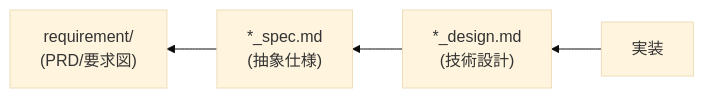
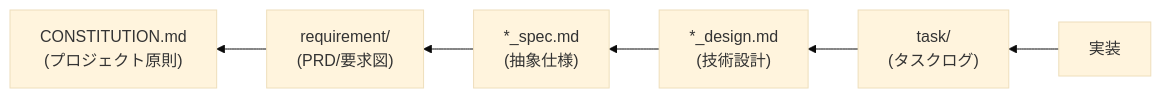
One commit to ToshikiImagawa/ai-sdd-workflow changed the diagram in plugins/sdd-workflow-ja/skills/sdd-templates/SKILL.md. Above: the diagram before and after it, drawn with Mermaid (base theme). The commit also changed other lines of this file and 49 other files, not shown here.

````diff
--- a/plugins/sdd-workflow-ja/skills/sdd-templates/SKILL.md
+++ b/plugins/sdd-workflow-ja/skills/sdd-templates/SKILL.md
@@ -140,6 +196,8 @@
 ```mermaid
 graph RL
-    IMPL[実装] --> DESIGN["*_design.md<br/>(技術設計)"]
+    IMPL[実装] --> TASK["task/<br/>(タスクログ)"]
+    TASK --> DESIGN["*_design.md<br/>(技術設計)"]
     DESIGN --> SPEC["*_spec.md<br/>(抽象仕様)"]
     SPEC --> PRD["requirement/<br/>(PRD/要求図)"]
+    PRD --> CONST["CONSTITUTION.md<br/>(プロジェクト原則)"]
 ```
````
